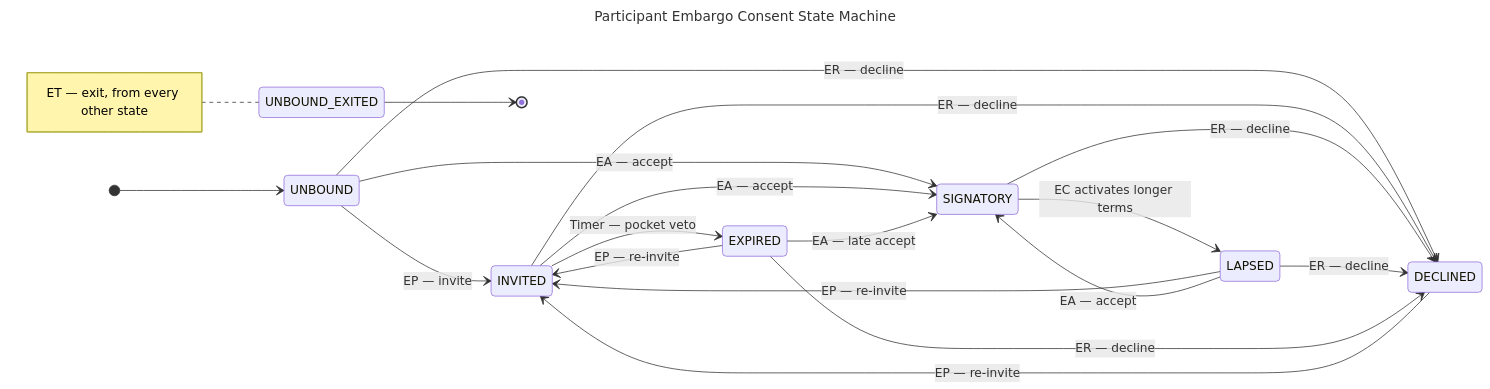
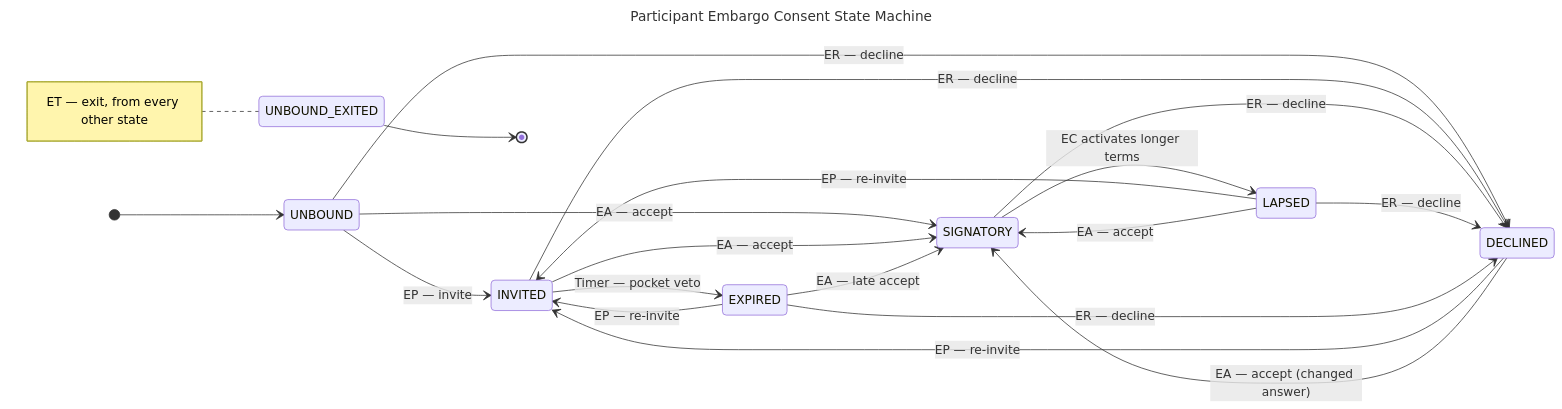
Before and after one commit to CERTCC/Vultron: the diagram in docs/topics/process_models/em/pec_state_machine_diagram.md, drawn with Mermaid. The commit also changed 29 other files, not shown here.

````diff
--- a/docs/topics/process_models/em/pec_state_machine_diagram.md
+++ b/docs/topics/process_models/em/pec_state_machine_diagram.md
@@ -1,25 +1,26 @@
 ```mermaid
 ---
 title: Participant Embargo Consent State Machine
 ---
 stateDiagram-v2
     direction LR
     [*] --> UNBOUND
     UNBOUND --> INVITED: EP — invite
     UNBOUND --> SIGNATORY: EA — accept
     UNBOUND --> DECLINED: ER — decline
     INVITED --> SIGNATORY: EA — accept
     INVITED --> DECLINED: ER — decline
     INVITED --> EXPIRED: Timer — pocket veto
     SIGNATORY --> LAPSED: EC activates longer terms
     SIGNATORY --> DECLINED: ER — decline
     LAPSED --> INVITED: EP — re-invite
     LAPSED --> SIGNATORY: EA — accept
     LAPSED --> DECLINED: ER — decline
     DECLINED --> INVITED: EP — re-invite
+    DECLINED --> SIGNATORY: EA — accept (changed answer)
     EXPIRED --> INVITED: EP — re-invite
     EXPIRED --> SIGNATORY: EA — late accept
     EXPIRED --> DECLINED: ER — decline
     UNBOUND_EXITED --> [*]
     note left of UNBOUND_EXITED: ET — exit, from every other state
 ```
````
